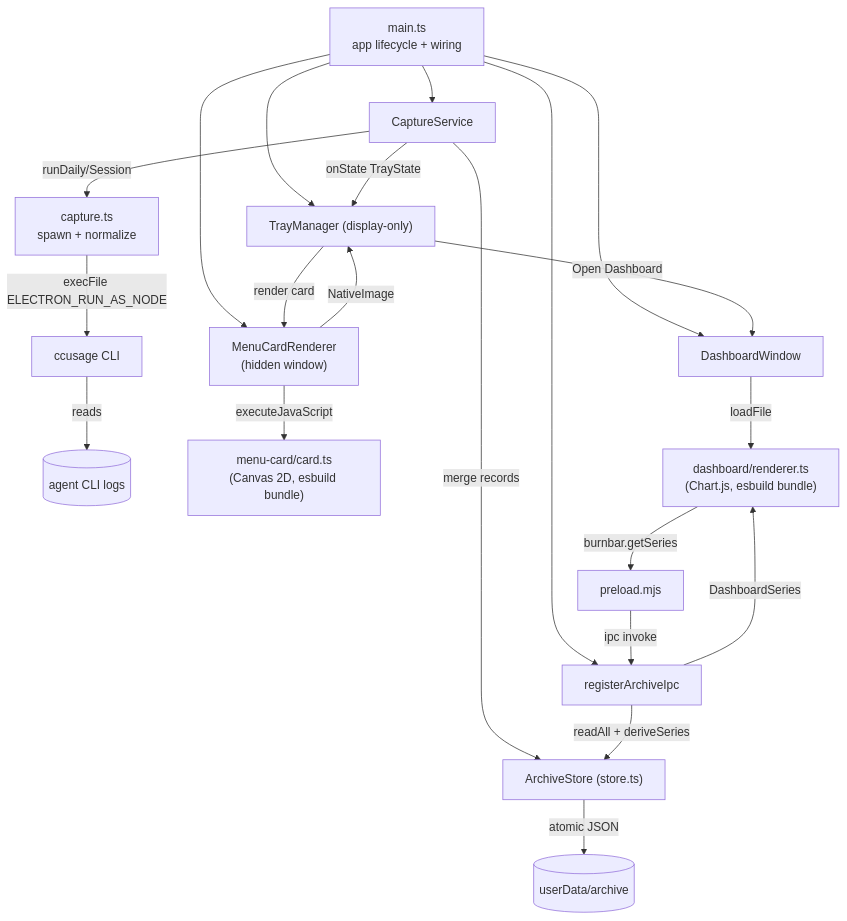
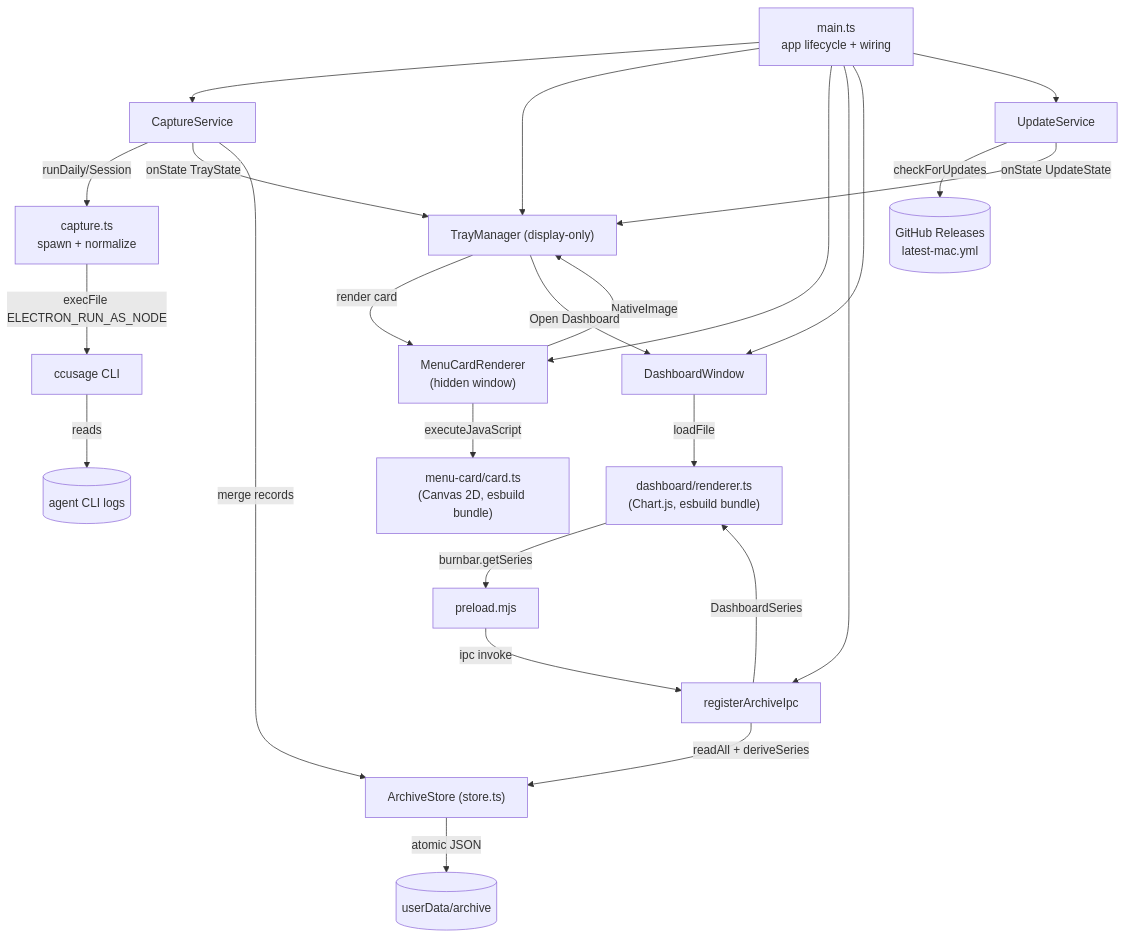
Before and after one commit to tangentlin/burnbar: the first of 2 diagrams in docs/ARCHITECTURE.md, drawn with Mermaid. The commit also changed other lines of this file and 22 other files, not shown here.

````diff
--- a/docs/ARCHITECTURE.md
+++ b/docs/ARCHITECTURE.md
@@ -20,23 +21,26 @@
 ```mermaid
 flowchart TD
     main["main.ts<br/>app lifecycle + wiring"] --> svc["CaptureService"]
     main --> tray["TrayManager (display-only)"]
     main --> card["MenuCardRenderer<br/>(hidden window)"]
     main --> ipc["registerArchiveIpc"]
     main --> win["DashboardWindow"]
+    main --> upd["UpdateService"]
     svc -->|runDaily/Session| capture["capture.ts<br/>spawn + normalize"]
     capture -->|execFile ELECTRON_RUN_AS_NODE| ccusage["ccusage CLI"]
     ccusage -->|reads| logs[("agent CLI logs")]
     svc -->|onState TrayState| tray
     svc -->|merge records| store["ArchiveStore (store.ts)"]
     store -->|atomic JSON| archive[("userData/archive")]
     tray -->|render card| card
     card -->|executeJavaScript| cardr["menu-card/card.ts<br/>(Canvas 2D, esbuild bundle)"]
     card -->|NativeImage| tray
     tray -->|Open Dashboard| win
     win -->|loadFile| renderer["dashboard/renderer.ts<br/>(Chart.js, esbuild bundle)"]
     renderer -->|burnbar.getSeries| preload["preload.mjs"]
     preload -->|ipc invoke| ipc
     ipc -->|readAll + deriveSeries| store
     ipc -->|DashboardSeries| renderer
+    upd -->|checkForUpdates| feed[("GitHub Releases<br/>latest-mac.yml")]
+    upd -->|onState UpdateState| tray
 ```
````
